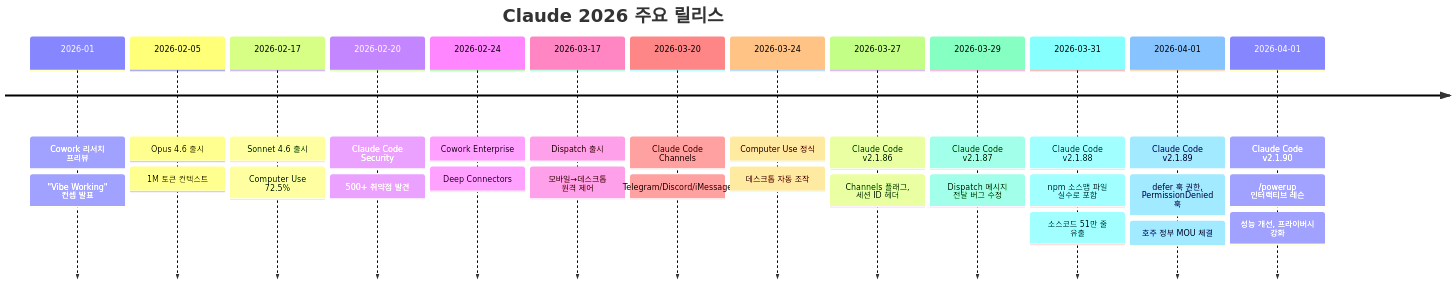
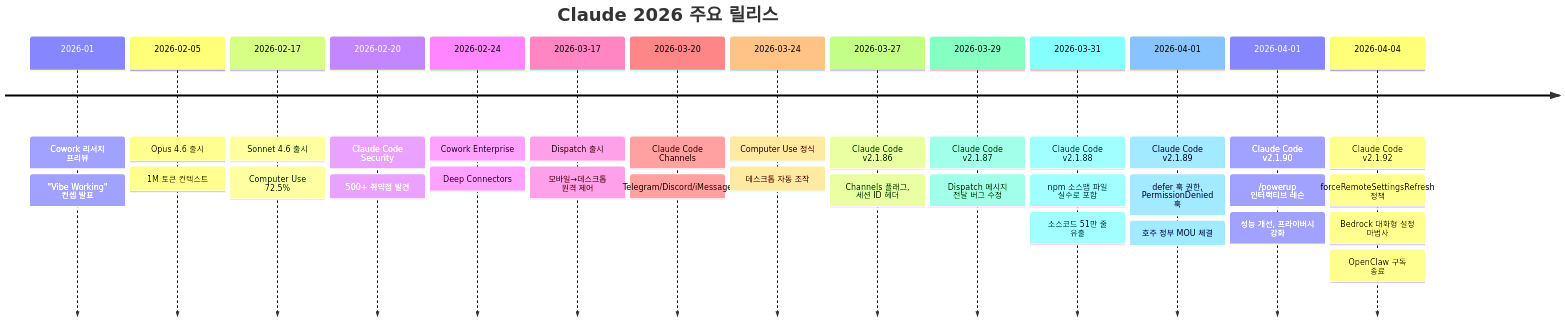
Before and after one commit to adszzz11/study: the diagram in tech/ai/claude/12-2026-updates.md, drawn with Mermaid. The commit also changed other lines of this file, not shown here.

First line of the commit message:
📝 [docs] Claude 업데이트 반영 - 2026-04-05

````diff
--- a/tech/ai/claude/12-2026-updates.md
+++ b/tech/ai/claude/12-2026-updates.md
@@ -17,33 +17,37 @@
 ```mermaid
 timeline
     title Claude 2026 주요 릴리스
     2026-01 : Cowork 리서치 프리뷰
            : "Vibe Working" 컨셉 발표
     2026-02-05 : Opus 4.6 출시
               : 1M 토큰 컨텍스트
     2026-02-17 : Sonnet 4.6 출시
               : Computer Use 72.5%
     2026-02-20 : Claude Code Security
               : 500+ 취약점 발견
     2026-02-24 : Cowork Enterprise
               : Deep Connectors
     2026-03-17 : Dispatch 출시
               : 모바일→데스크톱 원격 제어
     2026-03-20 : Claude Code Channels
               : Telegram/Discord/iMessage
     2026-03-24 : Computer Use 정식
               : 데스크톱 자동 조작
     2026-03-27 : Claude Code v2.1.86
               : Channels 플래그, 세션 ID 헤더
     2026-03-29 : Claude Code v2.1.87
               : Dispatch 메시지 전달 버그 수정
     2026-03-31 : Claude Code v2.1.88
               : npm 소스맵 파일 실수로 포함
               : 소스코드 51만 줄 유출
     2026-04-01 : Claude Code v2.1.89
               : defer 훅 권한, PermissionDenied 훅
               : 호주 정부 MOU 체결
     2026-04-01 : Claude Code v2.1.90
               : /powerup 인터랙티브 레슨
               : 성능 개선, 프라이버시 강화
+    2026-04-04 : Claude Code v2.1.92
+              : forceRemoteSettingsRefresh 정책
+              : Bedrock 대화형 설정 마법사
+              : OpenClaw 구독 종료
 ```
````
